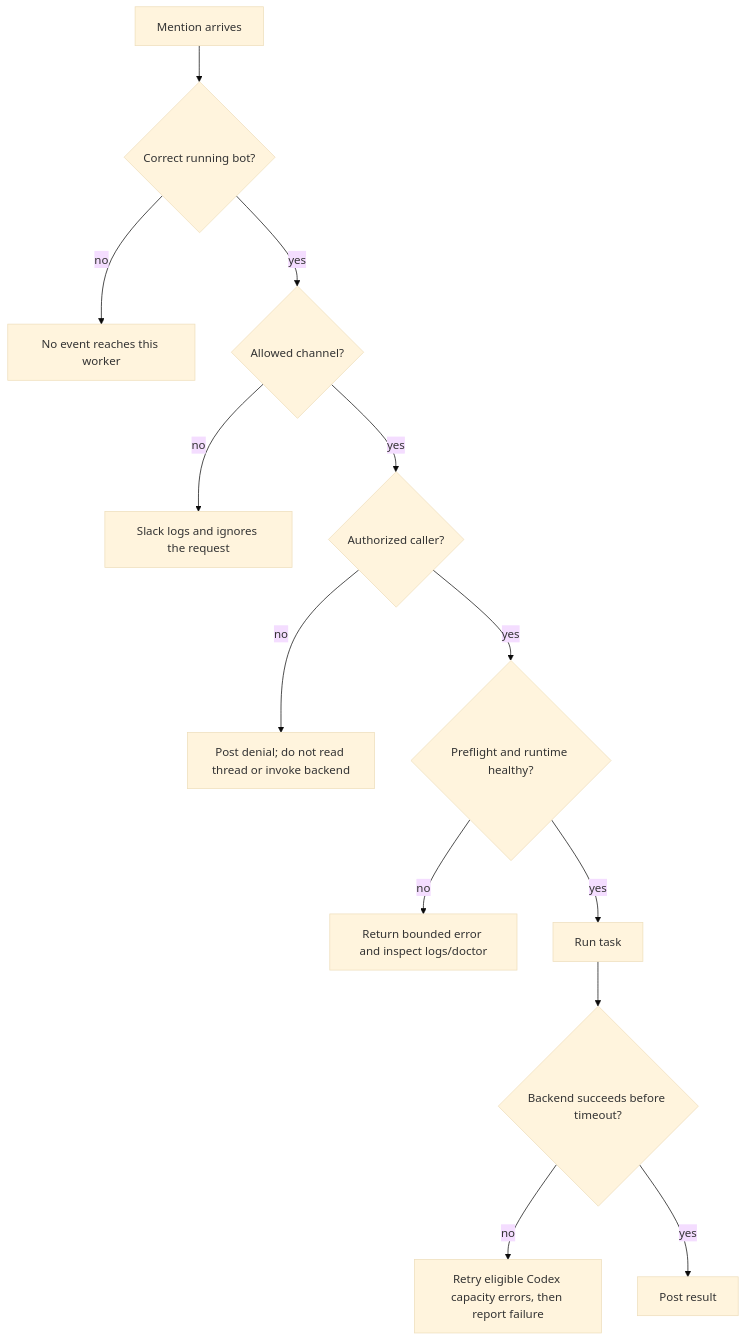
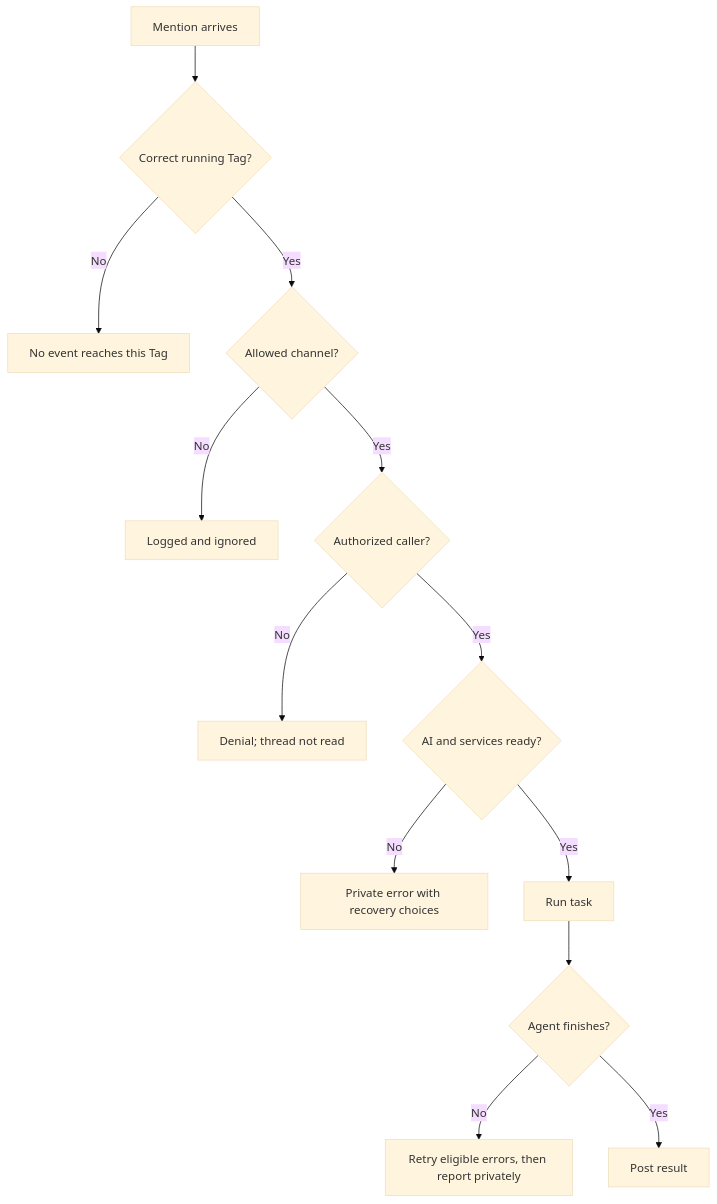
Diagram 14 of 16 in docs/user-flows.md (klovr-co/hover-tag), drawn with Mermaid (base theme) before and after one commit. The commit also changed other lines of this file and 48 other files, not shown here.

````diff
--- a/docs/user-flows.md
+++ b/docs/user-flows.md
@@ -571,15 +505,15 @@
 ```mermaid
 flowchart TD
-    A[Mention arrives] --> B{Correct running bot?}
-    B -->|no| C[No event reaches this worker]
-    B -->|yes| D{Allowed channel?}
-    D -->|no| E[Slack logs and ignores the request]
-    D -->|yes| F{Authorized caller?}
-    F -->|no| G[Post denial; do not read thread or invoke backend]
-    F -->|yes| H{Preflight and runtime healthy?}
-    H -->|no| I[Return bounded error and inspect logs/doctor]
-    H -->|yes| J[Run task]
-    J --> K{Backend succeeds before timeout?}
-    K -->|no| L[Retry eligible Codex capacity errors, then report failure]
-    K -->|yes| M[Post result]
+    A[Mention arrives] --> B{Correct running Tag?}
+    B -->|No| C[No event reaches this Tag]
+    B -->|Yes| D{Allowed channel?}
+    D -->|No| E[Logged and ignored]
+    D -->|Yes| F{Authorized caller?}
+    F -->|No| G[Denial; thread not read]
+    F -->|Yes| H{AI and services ready?}
+    H -->|No| I[Private error with recovery choices]
+    H -->|Yes| J[Run task]
+    J --> K{Agent finishes?}
+    K -->|No| L[Retry eligible errors, then report privately]
+    K -->|Yes| M[Post result]
 ```
````
